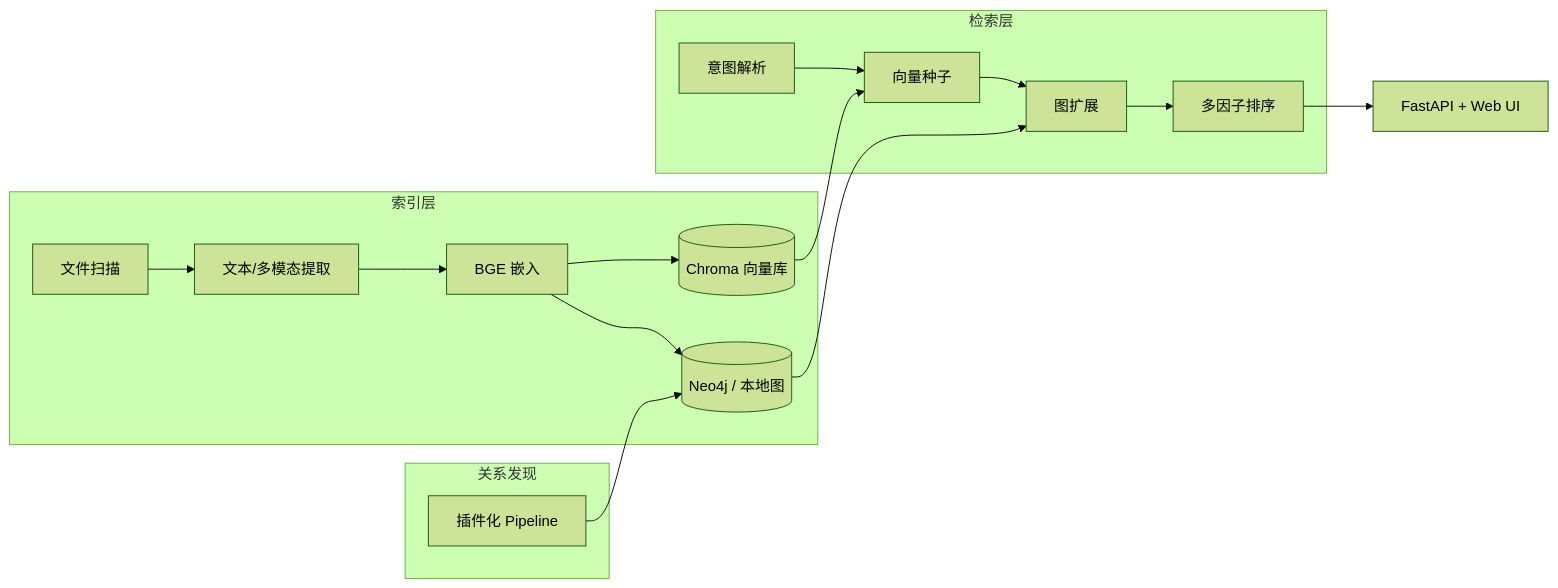
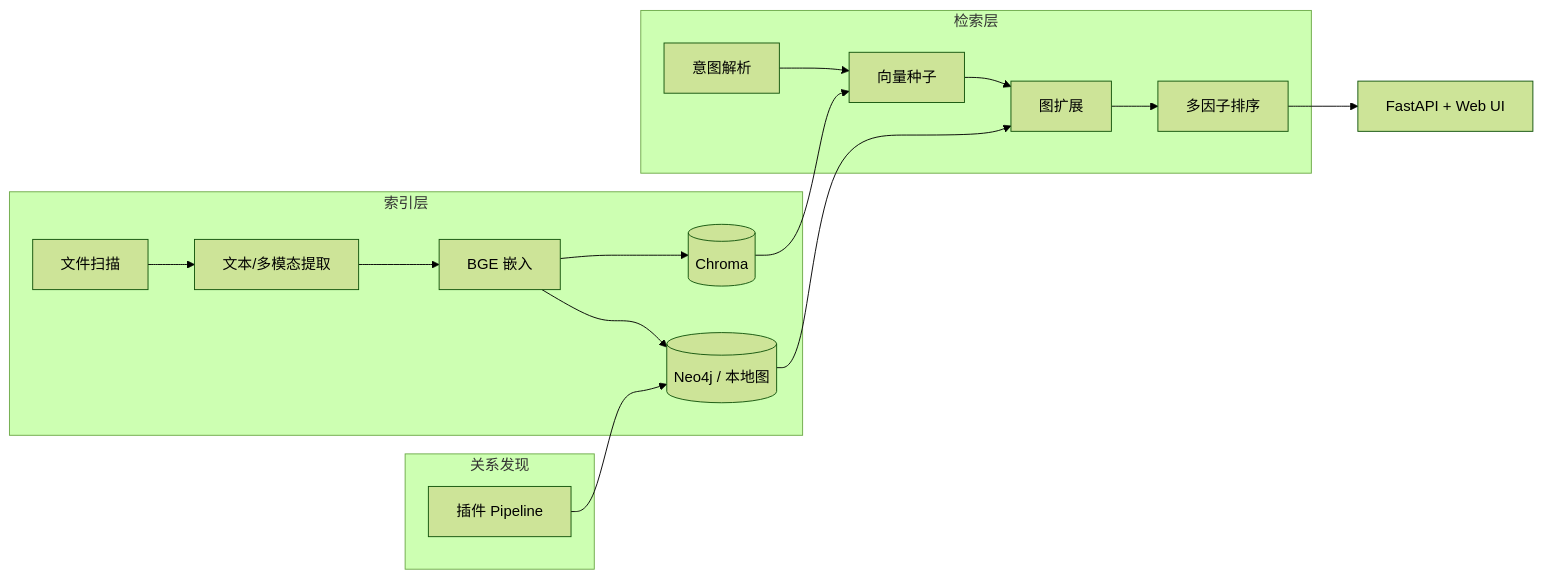
Before and after one commit to S1M0nLEE/File-Describer: the diagram in README.md, drawn with Mermaid (forest theme). The commit also changed other lines of this file and 16 other files, not shown here.

````diff
--- a/README.md
+++ b/README.md
@@ -21,20 +61,20 @@
 ```mermaid
 flowchart LR
   subgraph index [索引层]
     Scan[文件扫描] --> Extract[文本/多模态提取]
     Extract --> Embed[BGE 嵌入]
-    Embed --> Chroma[(Chroma 向量库)]
+    Embed --> Chroma[(Chroma)]
     Embed --> Graph[(Neo4j / 本地图)]
   end
   subgraph rel [关系发现]
-    Pipeline[插件化 Pipeline] --> Graph
+    Pipeline[插件 Pipeline] --> Graph
   end
   subgraph search [检索层]
     Intent[意图解析] --> Seed[向量种子]
     Seed --> Expand[图扩展]
     Expand --> Rank[多因子排序]
   end
   Chroma --> Seed
   Graph --> Expand
   Rank --> UI[FastAPI + Web UI]
 ```
````
